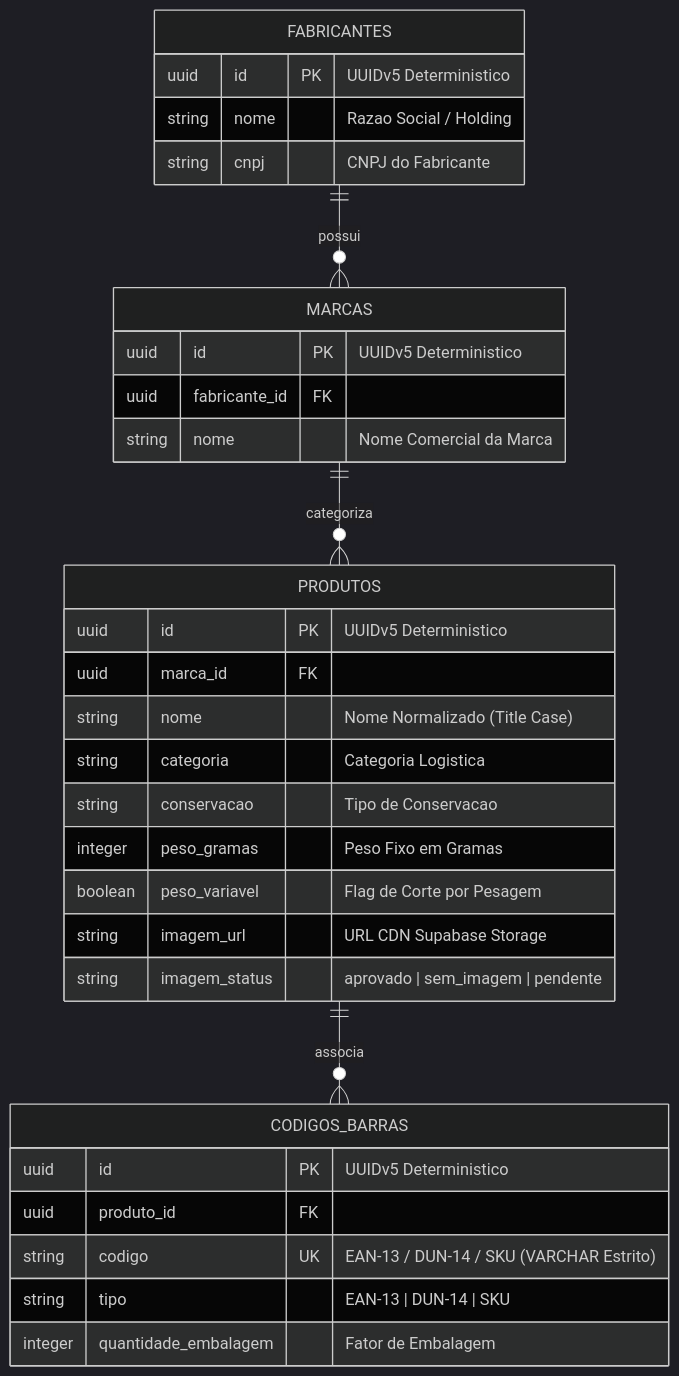
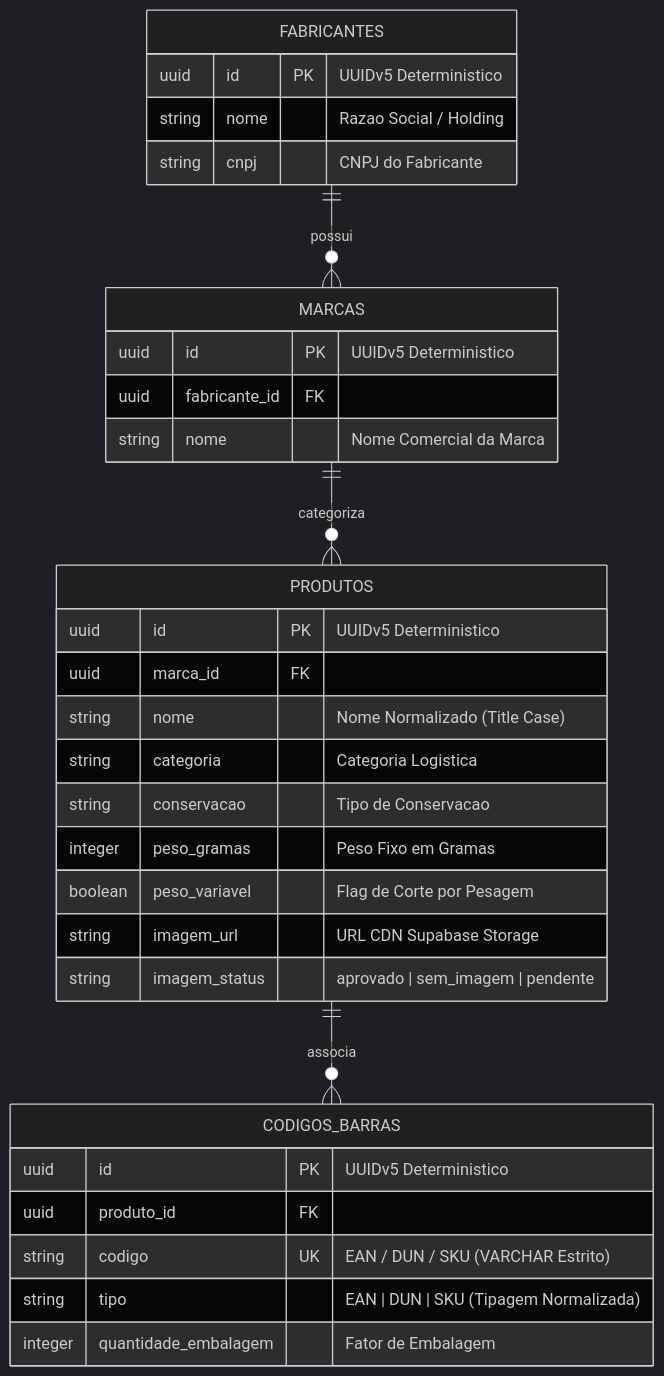
The diagram in docs/schema-manifesto.md (NaejBarbosa/paletscan-etl), drawn with Mermaid (dark theme) before and after one commit. The commit also changed other lines of this file and 6 other files, not shown here.

````diff
--- a/docs/schema-manifesto.md
+++ b/docs/schema-manifesto.md
@@ -11,38 +24,38 @@
 ```mermaid
 erDiagram
     FABRICANTES ||--o{ MARCAS : "possui"
     MARCAS ||--o{ PRODUTOS : "categoriza"
     PRODUTOS ||--o{ CODIGOS_BARRAS : "associa"
 
     FABRICANTES {
         uuid id PK "UUIDv5 Deterministico"
         string nome "Razao Social / Holding"
         string cnpj "CNPJ do Fabricante"
     }
 
     MARCAS {
         uuid id PK "UUIDv5 Deterministico"
         uuid fabricante_id FK
         string nome "Nome Comercial da Marca"
     }
 
     PRODUTOS {
         uuid id PK "UUIDv5 Deterministico"
         uuid marca_id FK
         string nome "Nome Normalizado (Title Case)"
         string categoria "Categoria Logistica"
         string conservacao "Tipo de Conservacao"
         integer peso_gramas "Peso Fixo em Gramas"
         boolean peso_variavel "Flag de Corte por Pesagem"
         string imagem_url "URL CDN Supabase Storage"
         string imagem_status "aprovado | sem_imagem | pendente"
     }
 
     CODIGOS_BARRAS {
         uuid id PK "UUIDv5 Deterministico"
         uuid produto_id FK
-        string codigo UK "EAN-13 / DUN-14 / SKU (VARCHAR Estrito)"
-        string tipo "EAN-13 | DUN-14 | SKU"
+        string codigo UK "EAN / DUN / SKU (VARCHAR Estrito)"
+        string tipo "EAN | DUN | SKU (Tipagem Normalizada)"
         integer quantidade_embalagem "Fator de Embalagem"
     }
 ```
````
